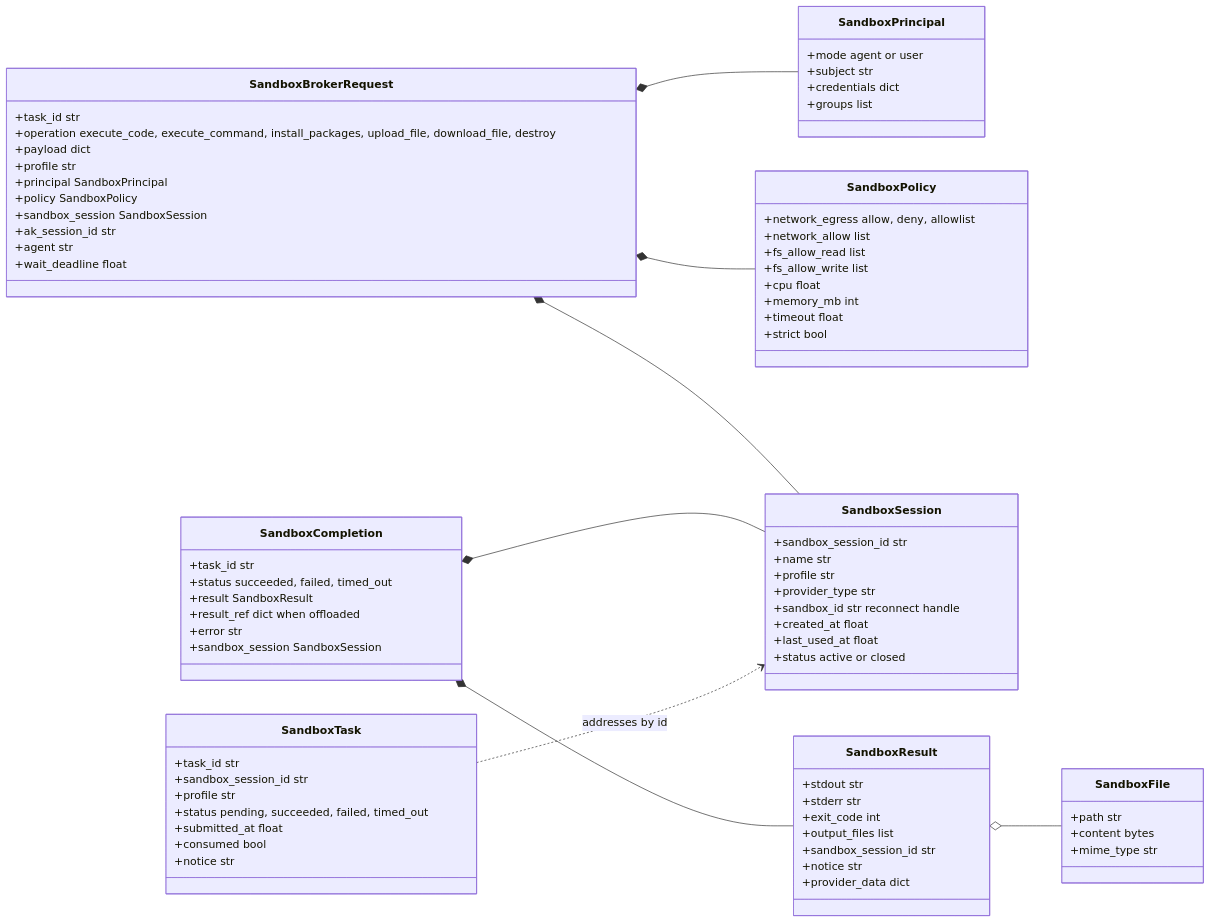
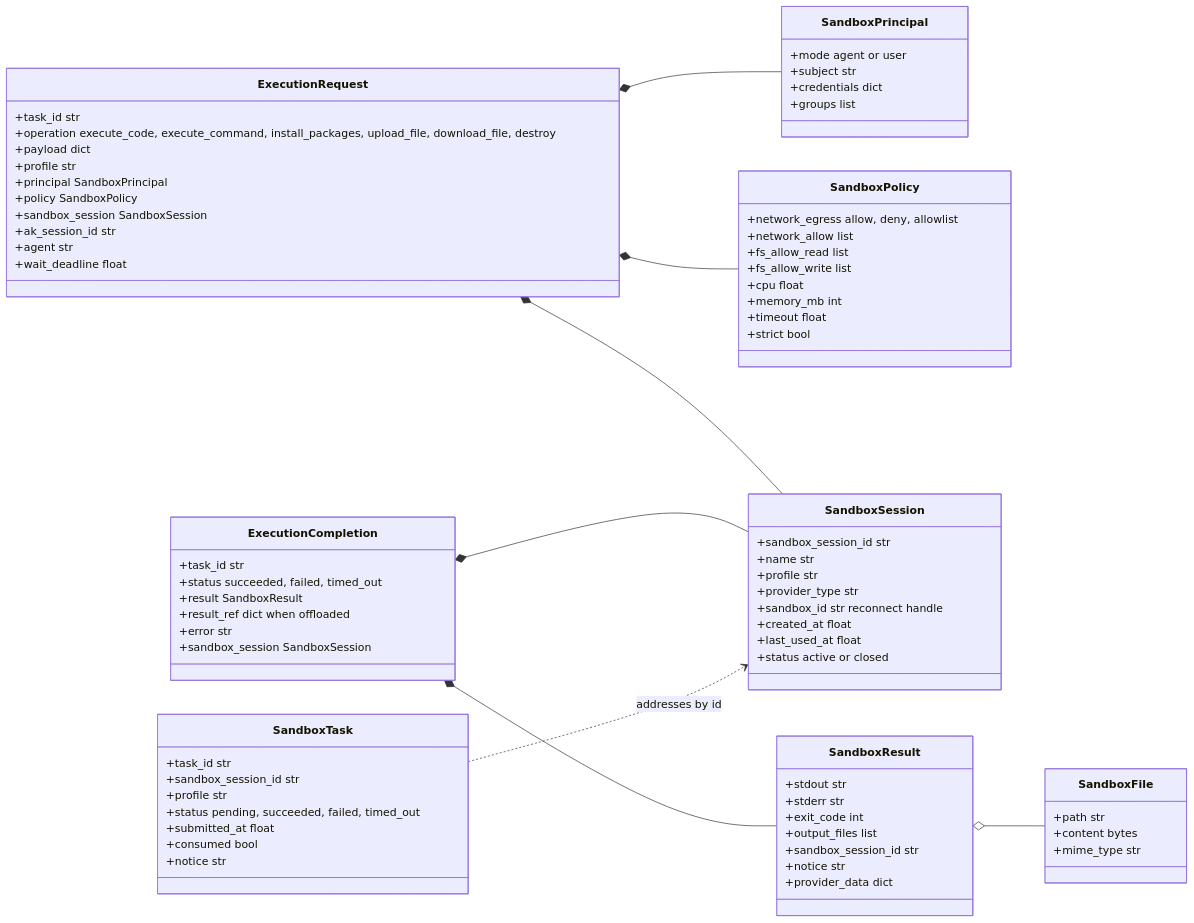
Before and after one commit to yaalalabs/agent-kernel: the fourth of 9 diagrams in docs/docs/architecture/sandbox-internals.md, drawn with Mermaid. The commit also changed other lines of this file and 27 other files, not shown here.

First line of the commit message:
refactor: rename SandboxManager to ExecutionManager and related classes for clarity

````diff
--- a/docs/docs/architecture/sandbox-internals.md
+++ b/docs/docs/architecture/sandbox-internals.md
@@ -215,81 +251,81 @@
 ```mermaid
 classDiagram
     direction LR
-    class SandboxBrokerRequest {
+    class ExecutionRequest {
         +task_id str
         +operation execute_code, execute_command, install_packages, upload_file, download_file, destroy
         +payload dict
         +profile str
         +principal SandboxPrincipal
         +policy SandboxPolicy
         +sandbox_session SandboxSession
         +ak_session_id str
         +agent str
         +wait_deadline float
     }
-    class SandboxCompletion {
+    class ExecutionCompletion {
         +task_id str
         +status succeeded, failed, timed_out
         +result SandboxResult
         +result_ref dict when offloaded
         +error str
         +sandbox_session SandboxSession
     }
     class SandboxPrincipal {
         +mode agent or user
         +subject str
         +credentials dict
         +groups list
     }
     class SandboxPolicy {
         +network_egress allow, deny, allowlist
         +network_allow list
         +fs_allow_read list
         +fs_allow_write list
         +cpu float
         +memory_mb int
         +timeout float
         +strict bool
     }
     class SandboxSession {
         +sandbox_session_id str
         +name str
         +profile str
         +provider_type str
         +sandbox_id str reconnect handle
         +created_at float
         +last_used_at float
         +status active or closed
     }
     class SandboxTask {
         +task_id str
         +sandbox_session_id str
         +profile str
         +status pending, succeeded, failed, timed_out
         +submitted_at float
         +consumed bool
         +notice str
     }
     class SandboxResult {
         +stdout str
         +stderr str
         +exit_code int
         +output_files list
         +sandbox_session_id str
         +notice str
         +provider_data dict
     }
     class SandboxFile {
         +path str
         +content bytes
         +mime_type str
     }
 
-    SandboxBrokerRequest *-- SandboxPrincipal
-    SandboxBrokerRequest *-- SandboxPolicy
-    SandboxBrokerRequest *-- SandboxSession
-    SandboxCompletion *-- SandboxResult
-    SandboxCompletion *-- SandboxSession
+    ExecutionRequest *-- SandboxPrincipal
+    ExecutionRequest *-- SandboxPolicy
+    ExecutionRequest *-- SandboxSession
+    ExecutionCompletion *-- SandboxResult
+    ExecutionCompletion *-- SandboxSession
     SandboxResult o-- SandboxFile
     SandboxTask ..> SandboxSession : addresses by id
 ```
````
